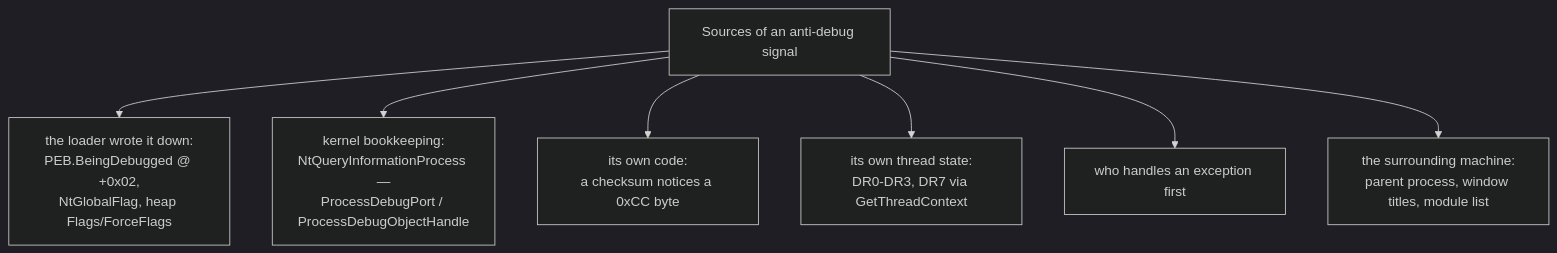
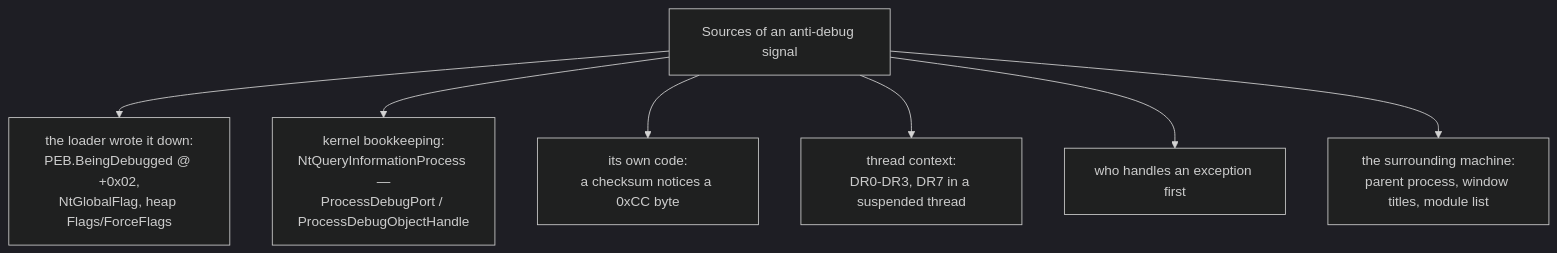
The second of 3 diagrams in site/src/content/docs/pages/13/03.mdx (MustCodeAl/rust-game-hacking-book), drawn with Mermaid (dark theme) before and after one commit. The commit also changed other lines of this file and 115 other files, not shown here.

````diff
--- a/site/src/content/docs/pages/13/03.mdx
+++ b/site/src/content/docs/pages/13/03.mdx
@@ -89,9 +89,9 @@
 ```mermaid
 flowchart TD
     S["Sources of an anti-debug signal"] --> A["the loader wrote it down:<br/>PEB.BeingDebugged @ +0x02,<br/>NtGlobalFlag, heap Flags/ForceFlags"]
     S --> B["kernel bookkeeping:<br/>NtQueryInformationProcess —<br/>ProcessDebugPort / ProcessDebugObjectHandle"]
     S --> C["its own code:<br/>a checksum notices a 0xCC byte"]
-    S --> D["its own thread state:<br/>DR0-DR3, DR7 via GetThreadContext"]
+    S --> D["thread context:<br/>DR0-DR3, DR7 in a suspended thread"]
     S --> E["who handles an exception first"]
     S --> F["the surrounding machine:<br/>parent process, window titles, module list"]
 ```
````
